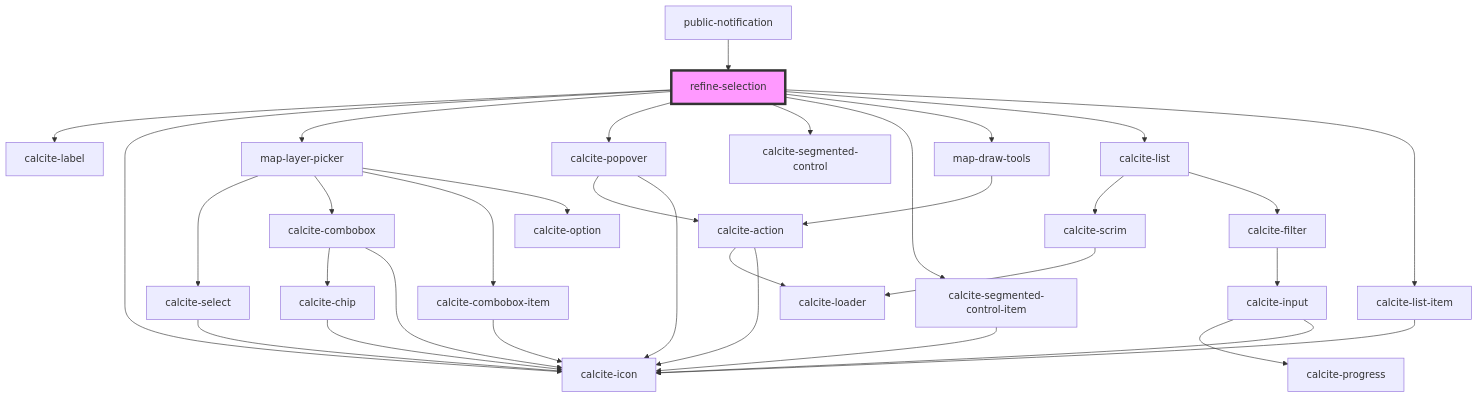
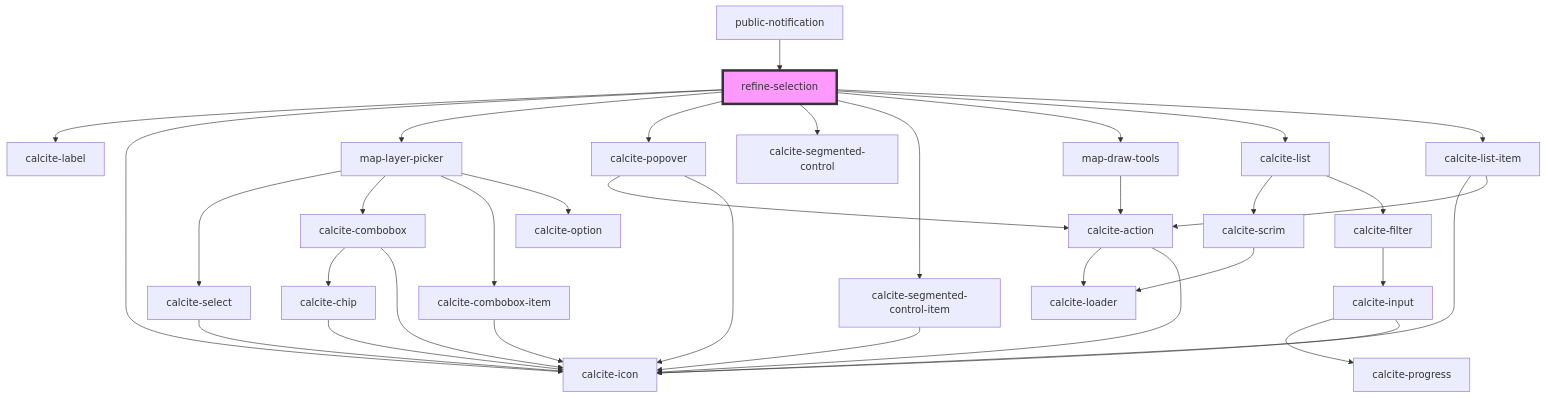
Before and after one commit to Esri/solutions-components: the diagram in src/components/refine-selection/readme.md, drawn with Mermaid. The commit also changed 3 other files, not shown here.

````diff
--- a/src/components/refine-selection/readme.md
+++ b/src/components/refine-selection/readme.md
@@ -48,36 +48,37 @@
 ```mermaid
 graph TD;
   refine-selection --> calcite-label
   refine-selection --> calcite-icon
   refine-selection --> map-layer-picker
   refine-selection --> calcite-popover
   refine-selection --> calcite-segmented-control
   refine-selection --> calcite-segmented-control-item
   refine-selection --> map-draw-tools
   refine-selection --> calcite-list
   refine-selection --> calcite-list-item
   map-layer-picker --> calcite-select
   map-layer-picker --> calcite-combobox
   map-layer-picker --> calcite-combobox-item
   map-layer-picker --> calcite-option
   calcite-select --> calcite-icon
   calcite-combobox --> calcite-chip
   calcite-combobox --> calcite-icon
   calcite-chip --> calcite-icon
   calcite-combobox-item --> calcite-icon
   calcite-popover --> calcite-action
   calcite-popover --> calcite-icon
   calcite-action --> calcite-loader
   calcite-action --> calcite-icon
   calcite-segmented-control-item --> calcite-icon
   map-draw-tools --> calcite-action
   calcite-list --> calcite-scrim
   calcite-list --> calcite-filter
   calcite-scrim --> calcite-loader
   calcite-filter --> calcite-input
   calcite-input --> calcite-progress
   calcite-input --> calcite-icon
   calcite-list-item --> calcite-icon
+  calcite-list-item --> calcite-action
   public-notification --> refine-selection
   style refine-selection fill:#f9f,stroke:#333,stroke-width:4px
 ```
````
